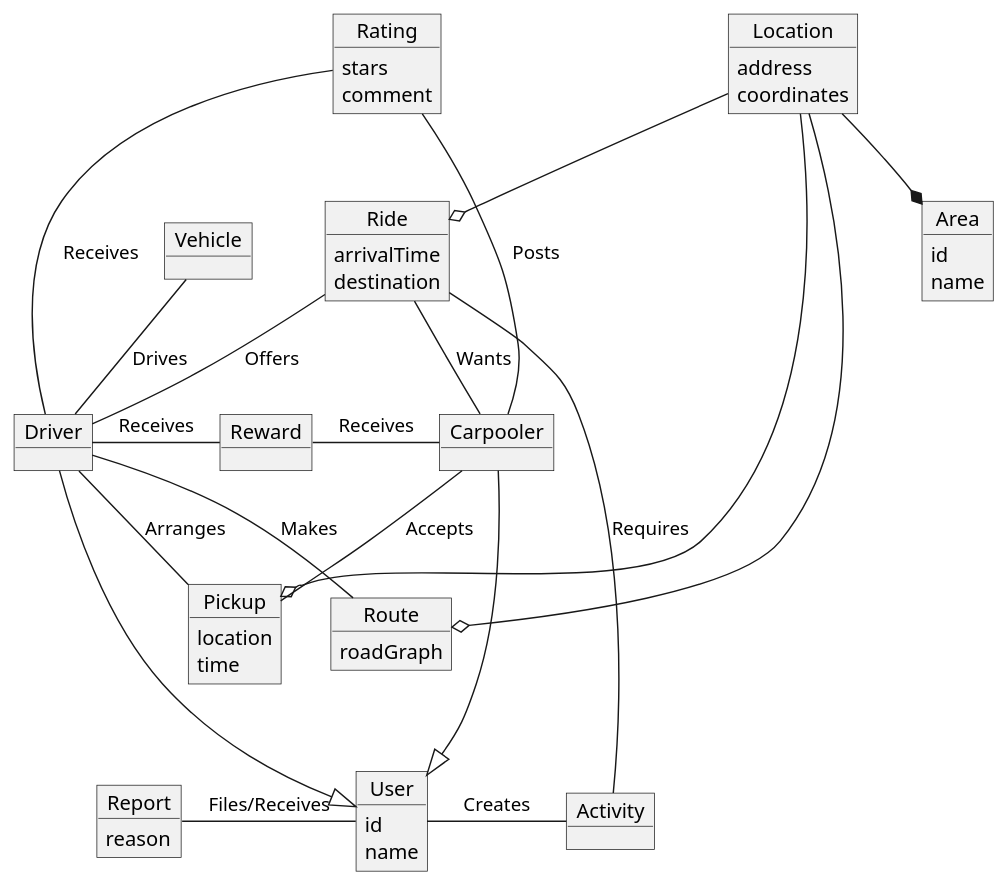
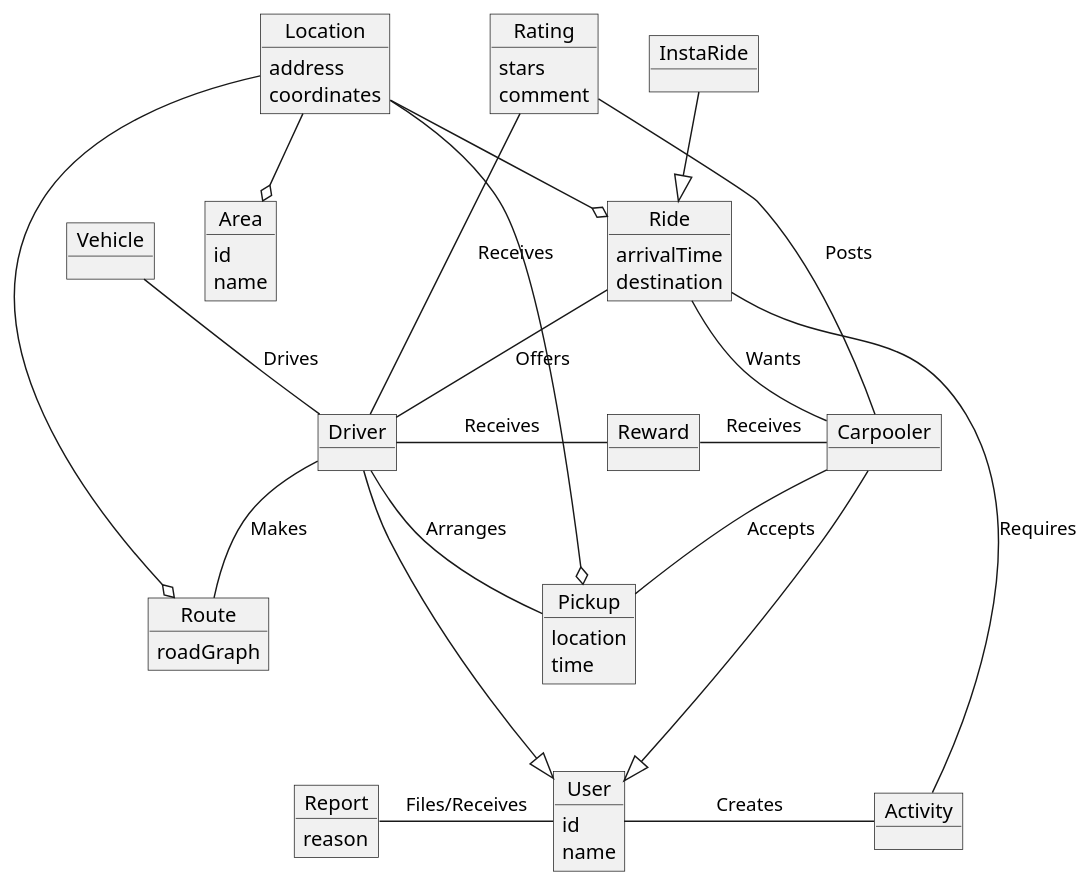
Before and after one commit to YannisRavasopoulos/ProjectSD_S6: the diagram in uml/domain-model.plantuml, drawn with PlantUML. The commit also changed 10 other files, not shown here.

```diff
--- a/uml/domain-model.plantuml
+++ b/uml/domain-model.plantuml
@@ -1,100 +1,106 @@
 @startuml
 object User {
     id
     name
 }
 
 object Driver {
 }
 
 Driver --down|> User
 
 object Vehicle {
 }
 
 Driver --up Vehicle: "Drives"
 
 object Carpooler {
 }
 
 Carpooler --down|> User
 
 object Ride {
     arrivalTime
     destination
 }
 
 Carpooler --up Ride: "Wants"
 
 Driver --up Ride: "Offers"
 
 Driver --right[hidden] Carpooler
 
 object Reward {
 }
 
 Reward --left Driver: "Receives"
 
 Reward --right Carpooler: "Receives"
 
 object Rating {
     stars
     comment
 }
 
 Ride --up[hidden] Rating
 
 Rating -- Driver: "Receives"
 
 Rating -- Carpooler: "Posts"
 
 object Report {
     reason
 }
 
 Report --right User: "Files/Receives"
 
 object Pickup {
     location
     time
 }
 
 Driver -- Pickup: "Arranges"
 Carpooler -- Pickup: "Accepts"
 
 Reward --up[hidden] Ride
 Pickup --up[hidden] Reward
 
 object Route {
     roadGraph
 }
 
 Driver -- Route: "Makes"
 
 User --up[hidden] Pickup
 User --up[hidden] Route
 
 object Location {
     address
     coordinates
 }
 
 Location --o Ride
 Location --o Pickup
 Location --o Route
 
 object Area {
     id
     name
 }
 
-Location --* Area
+Location --o Area
 
 object Activity {
 
 }
 User --right Activity: "Creates"
 
 Activity --up Ride: "Requires"
 
+object InstaRide {
+
+}
+
+InstaRide --|> Ride
+
 @enduml
```
